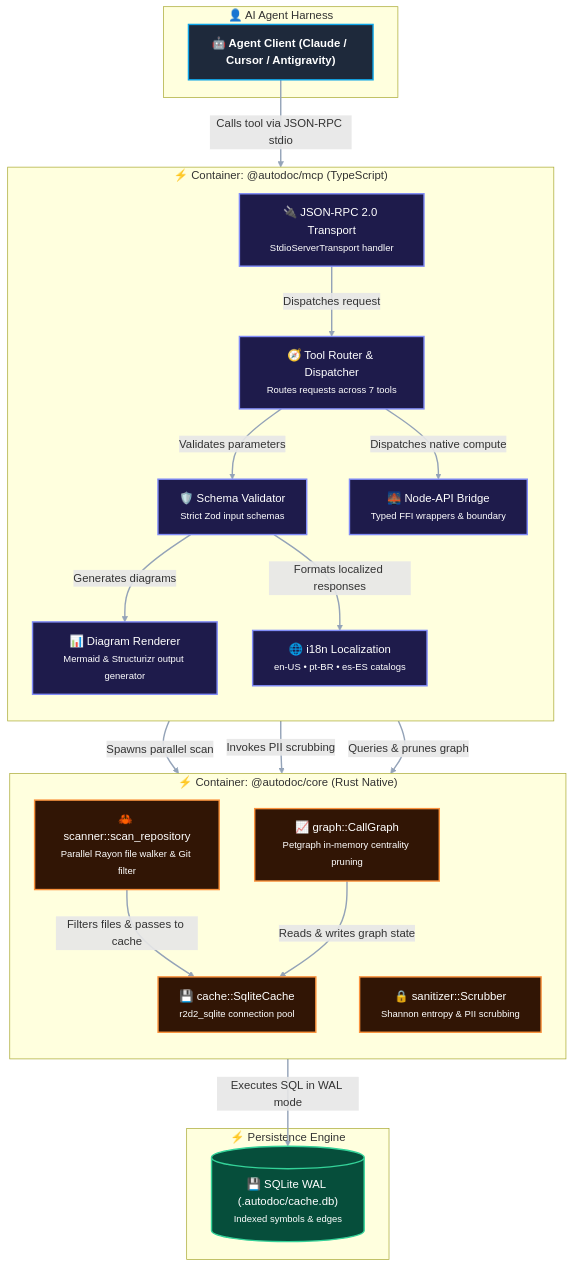
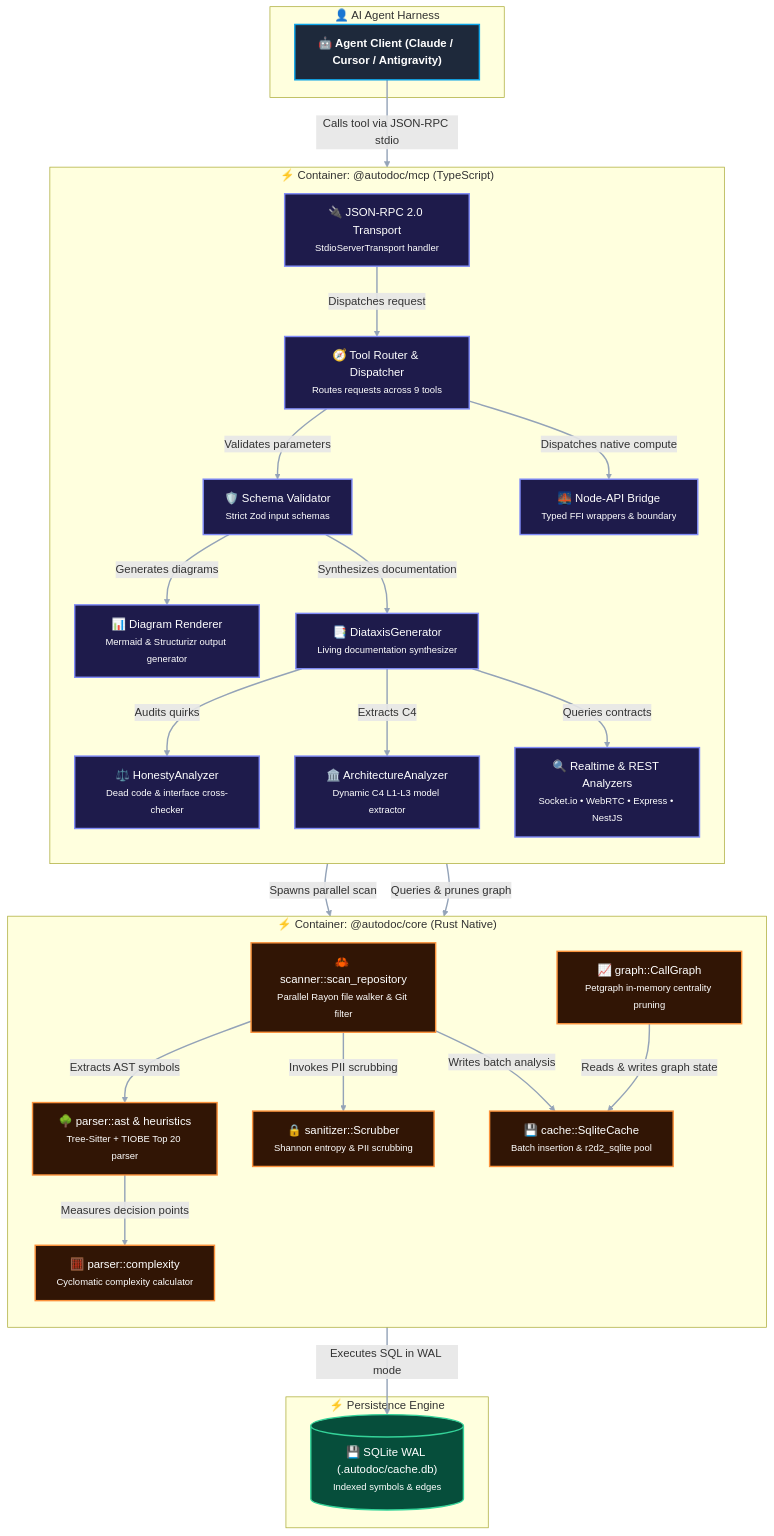
Before and after one commit to dandgabr/autodoc: the third of 4 diagrams in docs/reference/codebase-map.md, drawn with Mermaid. The commit also changed other lines of this file and 16 other files, not shown here.

First line of the commit message:
docs: synchronize architecture, tools, and codebase topology via self-scan

````diff
--- a/docs/reference/codebase-map.md
+++ b/docs/reference/codebase-map.md
@@ -86,52 +88,62 @@
 ```mermaid
 flowchart TD
     %% High Contrast Styling Definitions
     classDef clientClass fill:#1E293B,stroke:#0EA5E9,stroke-width:2px,color:#FFFFFF,font-weight:bold;
     classDef tsComp fill:#1E1B4B,stroke:#818CF8,stroke-width:2px,color:#FFFFFF;
     classDef rustComp fill:#311505,stroke:#FB923C,stroke-width:2px,color:#FFFFFF;
     classDef dbClass fill:#064E3B,stroke:#34D399,stroke-width:2px,color:#FFFFFF;
 
     subgraph ExternalCaller["👤 AI Agent Harness"]
         Client["🤖 Agent Client (Claude / Cursor / Antigravity)"]:::clientClass
     end
 
     subgraph MCPServerBoundary["⚡ Container: @autodoc/mcp (TypeScript)"]
         direction TB
         JSONRPC["🔌 JSON-RPC 2.0 Transport<br/><small>StdioServerTransport handler</small>"]:::tsComp
-        ToolRouter["🧭 Tool Router & Dispatcher<br/><small>Routes requests across 7 tools</small>"]:::tsComp
+        ToolRouter["🧭 Tool Router & Dispatcher<br/><small>Routes requests across 9 tools</small>"]:::tsComp
         ZodValidator["🛡️ Schema Validator<br/><small>Strict Zod input schemas</small>"]:::tsComp
         DiagRenderer["📊 Diagram Renderer<br/><small>Mermaid & Structurizr output generator</small>"]:::tsComp
-        I18nEngine["🌐 i18n Localization<br/><small>en-US • pt-BR • es-ES catalogs</small>"]:::tsComp
+        ArchAnalyzer["🏛️ ArchitectureAnalyzer<br/><small>Dynamic C4 L1-L3 model extractor</small>"]:::tsComp
+        ContractSuite["🔍 Realtime & REST Analyzers<br/><small>Socket.io • WebRTC • Express • NestJS</small>"]:::tsComp
+        DiataxisGen["📑 DiataxisGenerator<br/><small>Living documentation synthesizer</small>"]:::tsComp
+        HonestyAuditor["⚖️ HonestyAnalyzer<br/><small>Dead code & interface cross-checker</small>"]:::tsComp
         FFIBridge["🌉 Node-API Bridge<br/><small>Typed FFI wrappers & boundary</small>"]:::tsComp
     end
 
     subgraph RustCoreBoundary["⚡ Container: @autodoc/core (Rust Native)"]
         direction TB
         ScannerMod["🦀 scanner::scan_repository<br/><small>Parallel Rayon file walker & Git filter</small>"]:::rustComp
+        AstEngine["🌳 parser::ast & heuristics<br/><small>Tree-Sitter + TIOBE Top 20 parser</small>"]:::rustComp
+        ComplexityMod["🧮 parser::complexity<br/><small>Cyclomatic complexity calculator</small>"]:::rustComp
         SanitizerMod["🔒 sanitizer::Scrubber<br/><small>Shannon entropy & PII scrubbing</small>"]:::rustComp
         GraphMod["📈 graph::CallGraph<br/><small>Petgraph in-memory centrality pruning</small>"]:::rustComp
-        CacheMod["💾 cache::SqliteCache<br/><small>r2d2_sqlite connection pool</small>"]:::rustComp
+        CacheMod["💾 cache::SqliteCache<br/><small>Batch insertion & r2d2_sqlite pool</small>"]:::rustComp
     end
 
     subgraph StorageBoundary["⚡ Persistence Engine"]
         SQLiteDB[("💾 SQLite WAL (.autodoc/cache.db)<br/><small>Indexed symbols & edges</small>")]:::dbClass
     end
 
     %% Flow connections
     Client -->|"Calls tool via JSON-RPC stdio"| JSONRPC
     JSONRPC -->|"Dispatches request"| ToolRouter
     ToolRouter -->|"Validates parameters"| ZodValidator
     ZodValidator -->|"Generates diagrams"| DiagRenderer
-    ZodValidator -->|"Formats localized responses"| I18nEngine
+    ZodValidator -->|"Synthesizes documentation"| DiataxisGen
+    DiataxisGen -->|"Audits quirks"| HonestyAuditor
+    DiataxisGen -->|"Extracts C4"| ArchAnalyzer
+    DiataxisGen -->|"Queries contracts"| ContractSuite
     ToolRouter -->|"Dispatches native compute"| FFIBridge
 
     FFIBridge -->|"Spawns parallel scan"| ScannerMod
-    FFIBridge -->|"Invokes PII scrubbing"| SanitizerMod
+    ScannerMod -->|"Extracts AST symbols"| AstEngine
+    AstEngine -->|"Measures decision points"| ComplexityMod
+    ScannerMod -->|"Invokes PII scrubbing"| SanitizerMod
+    ScannerMod -->|"Writes batch analysis"| CacheMod
+
     FFIBridge -->|"Queries & prunes graph"| GraphMod
-
-    ScannerMod -->|"Filters files & passes to cache"| CacheMod
     GraphMod -->|"Reads & writes graph state"| CacheMod
     CacheMod -->|"Executes SQL in WAL mode"| SQLiteDB
 
     linkStyle default stroke:#94A3B8,stroke-width:2px;
 ```
````
